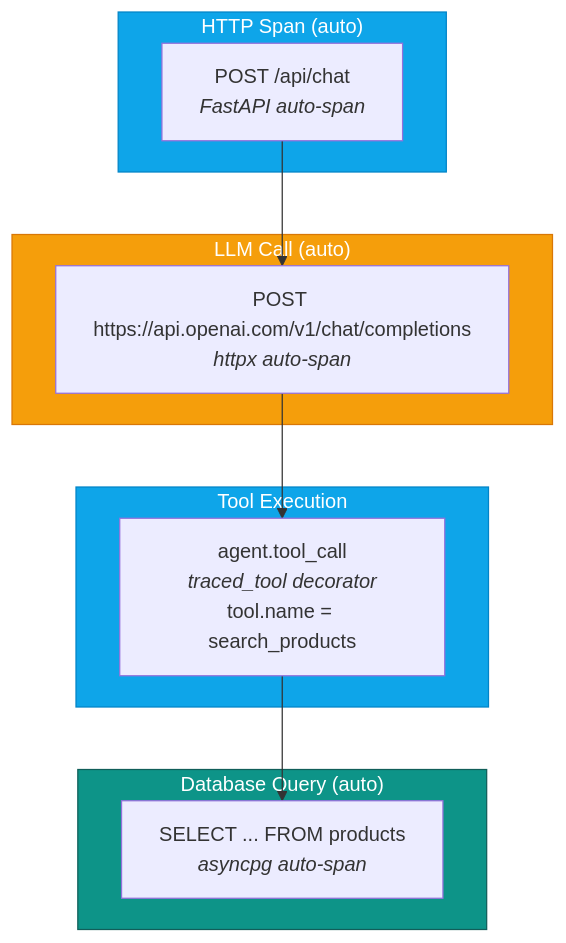
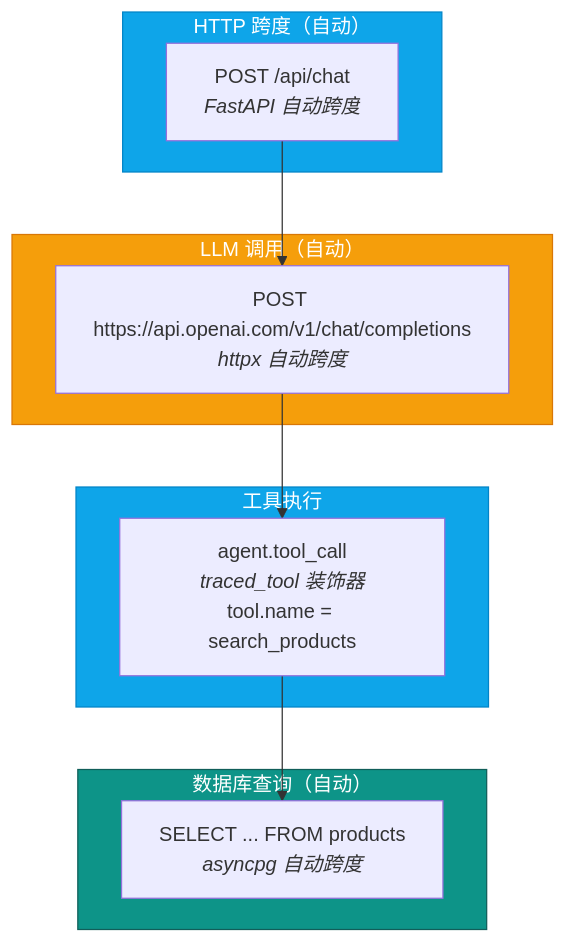
One commit to s1encisi/reliable-commerce-agents changed the second of 3 diagrams in docs/telemetry.md. Above: the diagram before and after it, drawn with Mermaid. The commit also changed other lines of this file and 1033 other files, not shown here.

````diff
--- a/docs/telemetry.md
+++ b/docs/telemetry.md
@@ -63,26 +63,26 @@
 ```mermaid
 graph TD
-    subgraph HTTP["HTTP Span (auto)"]
+    subgraph HTTP["HTTP 跨度（自动）"]
         style HTTP fill:#0ea5e9,stroke:#0284c7,color:#fff
-        A["POST /api/chat<br/><i>FastAPI auto-span</i>"]
+        A["POST /api/chat<br/><i>FastAPI 自动跨度</i>"]
     end
 
-    subgraph LLM["LLM Call (auto)"]
+    subgraph LLM["LLM 调用（自动）"]
         style LLM fill:#f59e0b,stroke:#d97706,color:#fff
-        B["POST https://api.openai.com/v1/chat/completions<br/><i>httpx auto-span</i>"]
+        B["POST https://api.openai.com/v1/chat/completions<br/><i>httpx 自动跨度</i>"]
     end
 
-    subgraph Tool["Tool Execution"]
+    subgraph Tool["工具执行"]
         style Tool fill:#0ea5e9,stroke:#0284c7,color:#fff
-        C["agent.tool_call<br/><i>traced_tool decorator</i><br/>tool.name = search_products"]
+        C["agent.tool_call<br/><i>traced_tool 装饰器</i><br/>tool.name = search_products"]
     end
 
-    subgraph DB["Database Query (auto)"]
+    subgraph DB["数据库查询（自动）"]
         style DB fill:#0d9488,stroke:#115e59,color:#fff
-        D["SELECT ... FROM products<br/><i>asyncpg auto-span</i>"]
+        D["SELECT ... FROM products<br/><i>asyncpg 自动跨度</i>"]
     end
 
     A --> B
     B --> C
     C --> D
 ```
````
